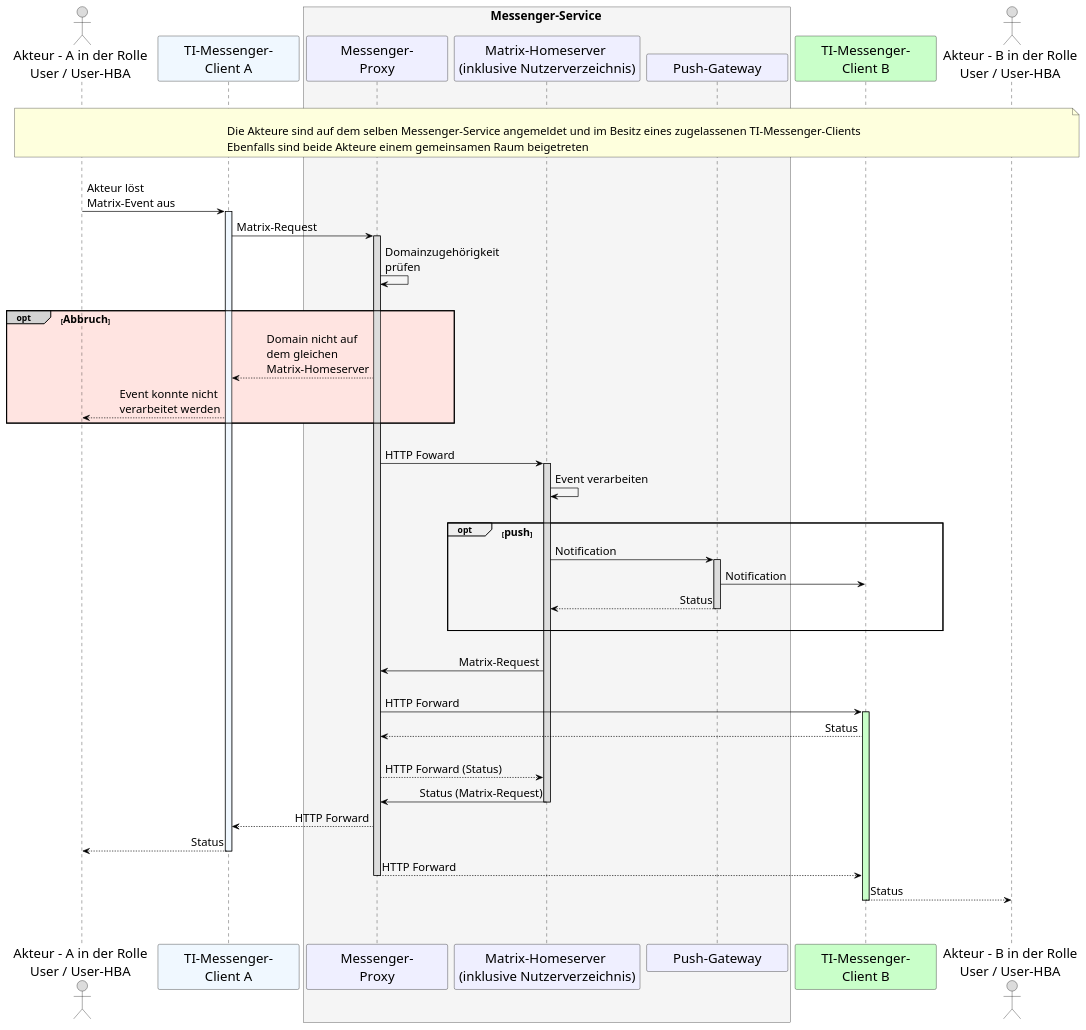
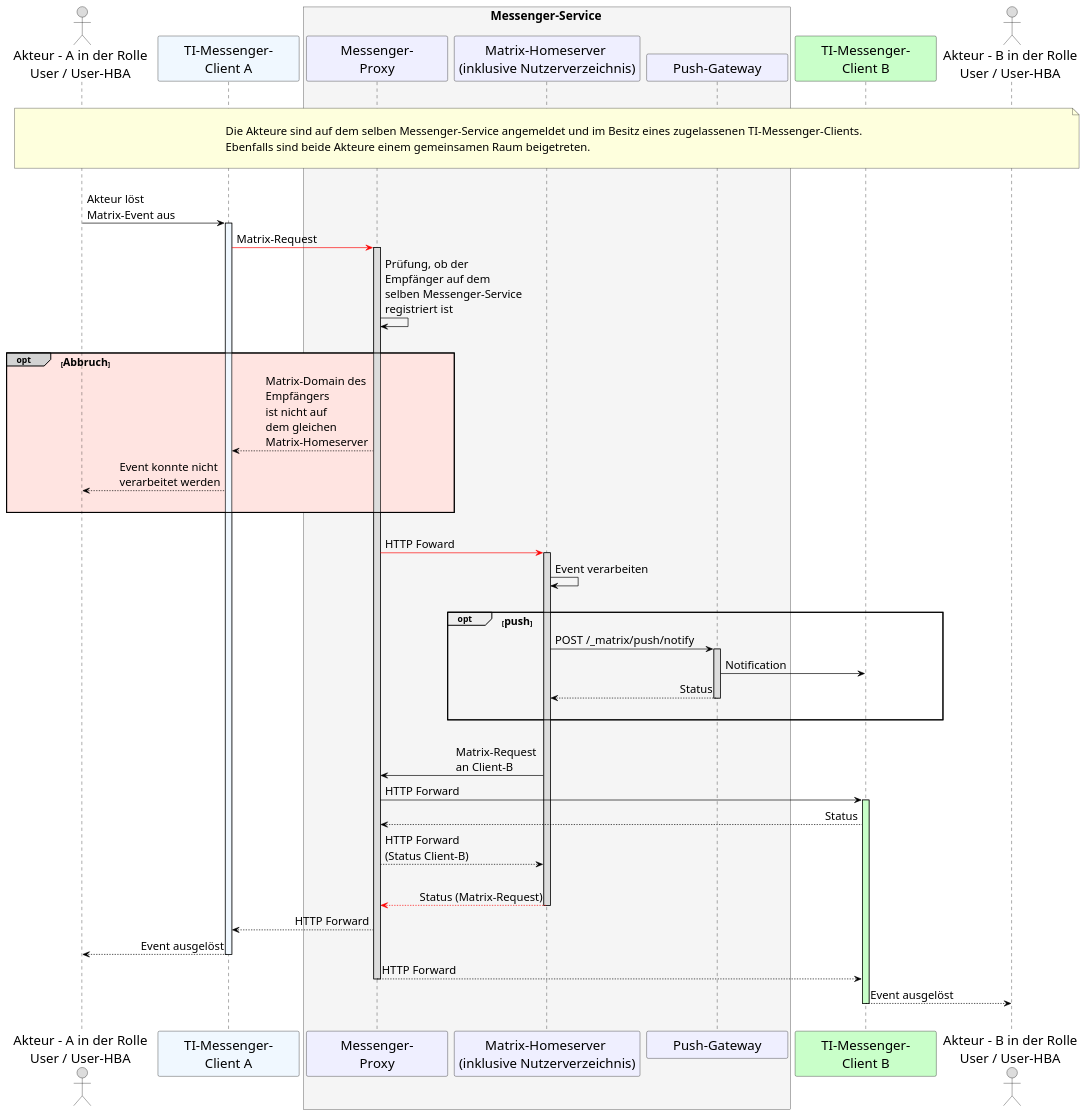
The diagram in src/plantuml/TI-Messenger-Dienst/Ressourcen/UC_10063_Seq.puml (gematik/api-ti-messenger), drawn with PlantUML before and after one commit.

```diff
--- a/src/plantuml/TI-Messenger-Dienst/Ressourcen/UC_10063_Seq.puml
+++ b/src/plantuml/TI-Messenger-Dienst/Ressourcen/UC_10063_Seq.puml
@@ -9,88 +9,87 @@
 @startuml
 skinparam sequenceMessageAlign direction
 skinparam minClassWidth 200
 skinparam BoxPadding 1
 skinparam sequenceReferenceHeaderBackgroundColor palegreen
 scale max 2048 width
 
 skinparam sequence {
 ArrowColor black
 ArrowFontSize 17
 ActorBorderColor black
 LifeLineBorderColor black
 LifeLineBackgroundColor Gainsboro
 
 ParticipantBorderColor Motivation
 ParticipantBackgroundColor Motivation
 ParticipantFontName Impact
 ParticipantFontSize 20
 ParticipantFontColor black
 ParticipantBorderColor Black
 ParticipantBackgroundColor MOTIVATION
 
 ActorBackgroundColor Gainsboro
 ActorFontColor black
 ActorFontSize 20
 ActorFontName Aapex
 }
     actor U1 as "Akteur - A in der Rolle\nUser / User-HBA"
     participant C1 as "TI-Messenger-\nClient A" #AliceBlue
     box <size:18>Messenger-Service</size> #WhiteSmoke
       participant MP as "Messenger-\nProxy"
       participant MH as "Matrix-Homeserver \n(inklusive Nutzerverzeichnis)"
       participant PG as "Push-Gateway"
     end box
     participant C2 as "TI-Messenger-\nClient B" #TECHNOLOGY
     actor U2 as "Akteur - B in der Rolle\nUser / User-HBA"
     
 |||
-note over U1, U2: \n<size:17>Die Akteure sind auf dem selben Messenger-Service angemeldet und im Besitz eines zugelassenen TI-Messenger-Clients</size>\n<size:17>Ebenfalls sind beide Akteure einem gemeinsamen Raum beigetreten</size>
+note over U1, U2: \n<size:17>Die Akteure sind auf dem selben Messenger-Service angemeldet und im Besitz eines zugelassenen TI-Messenger-Clients.</size>\n<size:17>Ebenfalls sind beide Akteure einem gemeinsamen Raum beigetreten.</size>\n
 |||
 
     U1->C1: Akteur löst \nMatrix-Event aus
       activate C1 #AliceBlue
-    C1->MP: Matrix-Request
+    C1-[#red]>MP: Matrix-Request
       activate MP
-    MP->MP: Domainzugehörigkeit \nprüfen
+    MP->MP: Prüfung, ob der \nEmpfänger auf dem \nselben Messenger-Service \nregistriert ist
     
     |||
     opt#LightGrey #MistyRose <size:16>Abbruch</size>
-      MP-->C1: Domain nicht auf \ndem gleichen \nMatrix-Homeserver
+      MP-->C1: Matrix-Domain des \nEmpfängers \nist nicht auf \ndem gleichen \nMatrix-Homeserver
       C1-->U1: Event konnte nicht \nverarbeitet werden
+    |||
     end
     
     |||
-    MP->MH: HTTP Foward
+    MP-[#red]>MH: HTTP Foward
       activate MH
     MH->MH: Event verarbeiten
     
     |||
     opt <size:16>push</size>
-    MH->PG: Notification
+    MH->PG: POST /_matrix/push/notify
       activate PG
     PG->C2: Notification
     PG-->MH: Status
       deactivate PG
     |||
     end
     
     |||
-    MH->MP: Matrix-Request
-    |||
+    MH->MP: Matrix-Request \nan Client-B
     MP->C2: HTTP Forward
       activate C2 #TECHNOLOGY
     C2-->MP: Status
+    MP-->MH: HTTP Forward \n(Status Client-B)
     |||
-    MP-->MH: HTTP Forward (Status)
-    MH->MP: Status (Matrix-Request)
+    MH-[#red]->MP: Status (Matrix-Request)
       deactivate MH
     MP-->C1: HTTP Forward
-    C1-->U1: Status
+    C1-->U1: Event ausgelöst
       deactivate C1
     MP-->C2: HTTP Forward
       deactivate MP
-    C2-->U2: Status
+    C2-->U2: Event ausgelöst
     deactivate C2
-  |||
 |||
 @enduml
```
